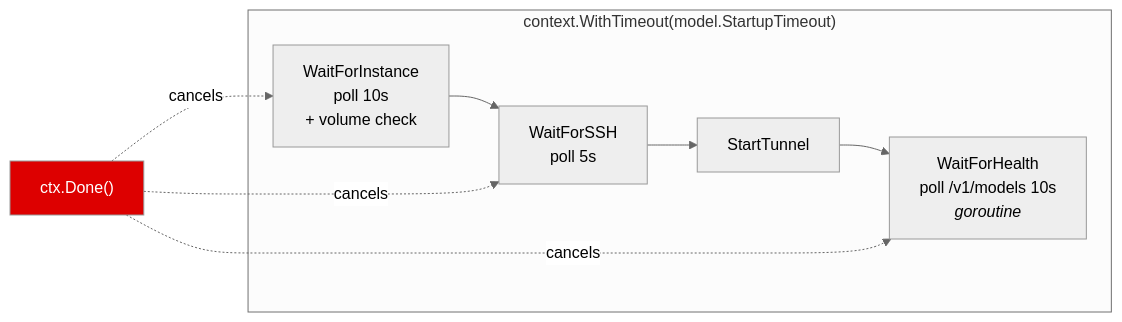
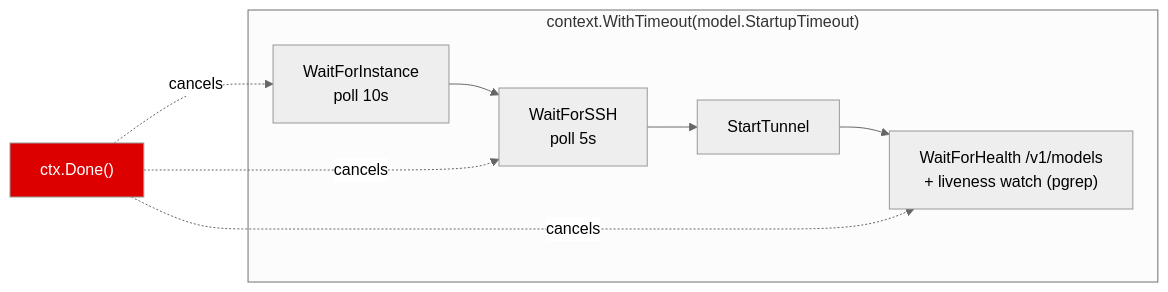
Before and after one commit to WWTLF/mycodeagent: the third of 6 diagrams in docs/Solution.md, drawn with Mermaid (neutral theme). The commit also changed other lines of this file and 25 other files, not shown here.

````diff
--- a/docs/Solution.md
+++ b/docs/Solution.md
@@ -305,14 +242,12 @@
 ```mermaid
 graph LR
     subgraph "context.WithTimeout(model.StartupTimeout)"
-        A["WaitForInstance<br/>poll 10s<br/>+ volume check"] --> B["WaitForSSH<br/>poll 5s"]
+        A["WaitForInstance<br/>poll 10s"] --> B["WaitForSSH<br/>poll 5s"]
         B --> C["StartTunnel"]
-        C --> D["WaitForHealth<br/>poll /v1/models 10s<br/><i>goroutine</i>"]
+        C --> D["WaitForHealth /v1/models<br/>+ liveness watch (pgrep)"]
     end
-
     T["ctx.Done()"] -.->|cancels| A
     T -.->|cancels| B
     T -.->|cancels| D
-
     style T fill:#d00,color:#fff
 ```
````
